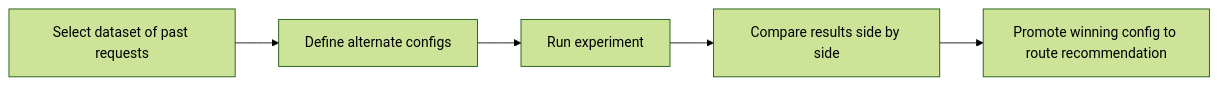
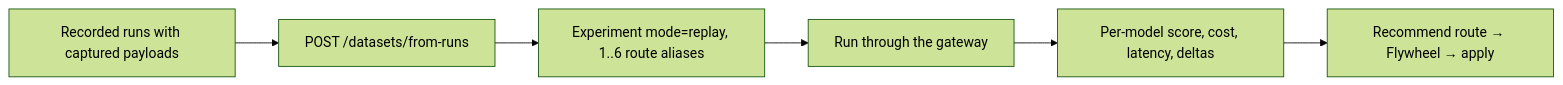
One commit to avs6/runledger-community changed the diagram in docs/observability/replay-lab.mdx. Above: the diagram before and after it, drawn with Mermaid (forest theme). The commit also changed other lines of this file and 17 other files, not shown here.

````diff
--- a/docs/observability/replay-lab.mdx
+++ b/docs/observability/replay-lab.mdx
@@ -18,7 +12,8 @@
 ```mermaid
 flowchart LR
-  dataset[Select dataset of past requests] --> configs[Define alternate configs]
-  configs --> run[Run experiment]
-  run --> compare[Compare results side by side]
-  compare --> recommend[Promote winning config to route recommendation]
+  runs[Recorded runs with captured payloads] --> ds[POST /datasets/from-runs]
+  ds --> exp[Experiment mode=replay, 1..6 route aliases]
+  exp --> run[Run through the gateway]
+  run --> compare[Per-model score, cost, latency, deltas]
+  compare --> rec[Recommend route → Flywheel → apply]
 ```
````
